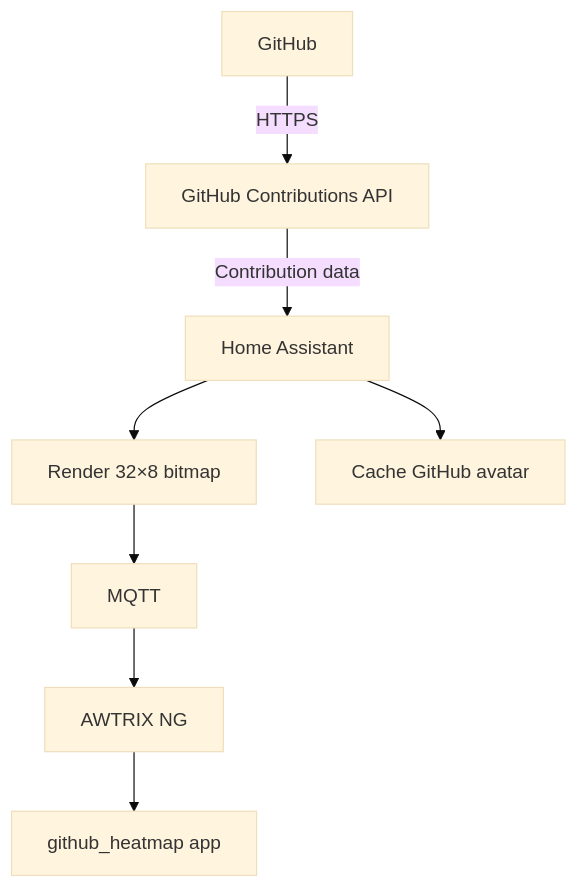
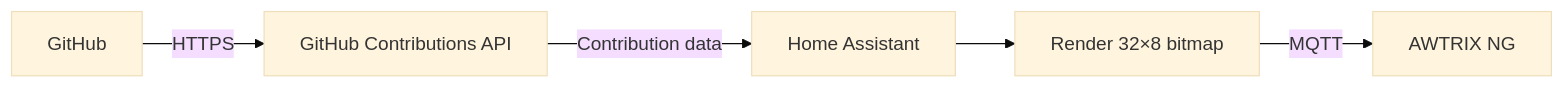
Before and after one commit to OsamaShabrez/ha-awtrix-github-heatmap: the diagram in README.md, drawn with Mermaid (base theme). The commit also changed other lines of this file, not shown here.

Commit message:
docs: update README.md with mermaid

````diff
--- a/README.md
+++ b/README.md
@@ -57,10 +25,7 @@
 ```mermaid
-flowchart TD
-    G["GitHub"] -->|HTTPS| A["GitHub Contributions API"]
-    A -->|Contribution data| H["Home Assistant"]
-    H --> R["Render 32×8 bitmap"]
-    H --> C["Cache GitHub avatar"]
-    R --> M["MQTT"]
-    M --> W["AWTRIX NG"]
-    W --> D["github_heatmap app"]
+flowchart LR
+    G["GitHub"] -->|HTTPS| API["GitHub Contributions API"]
+    API -->|Contribution data| HA["Home Assistant"]
+    HA --> R["Render 32×8 bitmap"]
+    R -->|MQTT| AW["AWTRIX NG"]
 ```
````
